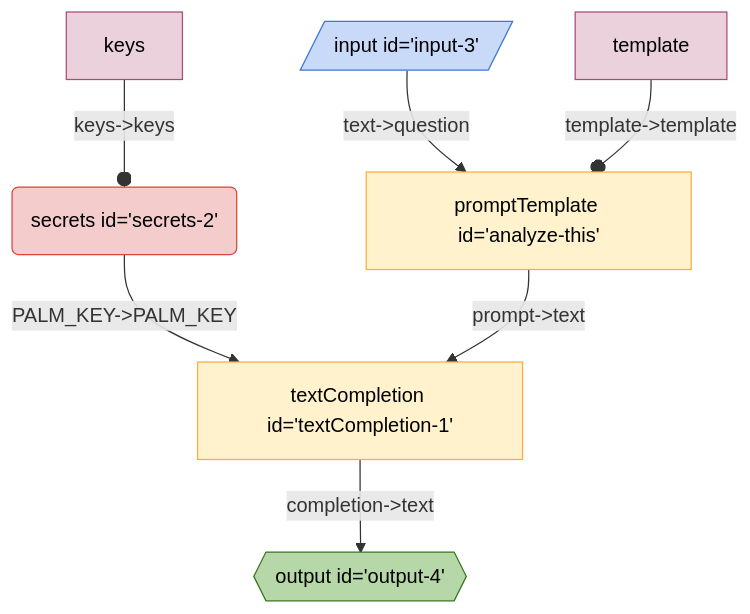
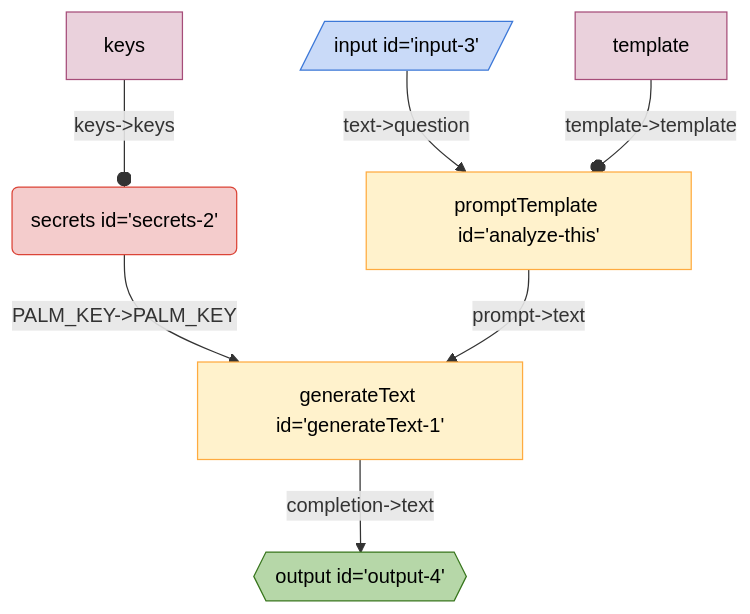
Before and after one commit to breadboard-ai/breadboard: the diagram in seeds/graph-playground/docs/graphs/simple-prompt.md, drawn with Mermaid. The commit also changed 63 other files, not shown here.

First line of the commit message:
[llm-starter] Rename `textCompletion` to `generateText`.

````diff
--- a/seeds/graph-playground/docs/graphs/simple-prompt.md
+++ b/seeds/graph-playground/docs/graphs/simple-prompt.md
@@ -5,18 +5,18 @@
   ```mermaid
   %%{init: 'themeVariables': { 'fontFamily': 'Fira Code, monospace' }}%%
 graph TD;
-secrets2("secrets id='secrets-2'"):::secrets -- "PALM_KEY->PALM_KEY" --> textCompletion1["textCompletion id='textCompletion-1'"]
-textCompletion1["textCompletion id='textCompletion-1'"] -- "completion->text" --> output4{{"output id='output-4'"}}:::output
-analyzethis["promptTemplate id='analyze-this'"] -- "prompt->text" --> textCompletion1["textCompletion id='textCompletion-1'"]
+secrets2("secrets id='secrets-2'"):::secrets -- "PALM_KEY->PALM_KEY" --> generateText1["generateText id='generateText-1'"]
+generateText1["generateText id='generateText-1'"] -- "completion->text" --> output4{{"output id='output-4'"}}:::output
+analyzethis["promptTemplate id='analyze-this'"] -- "prompt->text" --> generateText1["generateText id='generateText-1'"]
 input3[/"input id='input-3'"/]:::input -- "text->question" --> analyzethis["promptTemplate id='analyze-this'"]
 keyssecrets2[keys]:::config -- "keys->keys" --o secrets2
 templateanalyzethis[template]:::config -- "template->template" --o analyzethis
 classDef default stroke:#ffab40,fill:#fff2ccff,color:#000
 classDef input stroke:#3c78d8,fill:#c9daf8ff,color:#000
 classDef output stroke:#38761d,fill:#b6d7a8ff,color:#000
 classDef passthrough stroke:#a64d79,fill:#ead1dcff,color:#000
 classDef slot stroke:#a64d79,fill:#ead1dcff,color:#000
 classDef config stroke:#a64d79,fill:#ead1dcff,color:#000
 classDef secrets stroke:#db4437,fill:#f4cccc,color:#000
 classDef slotted stroke:#a64d79
   ```
````
